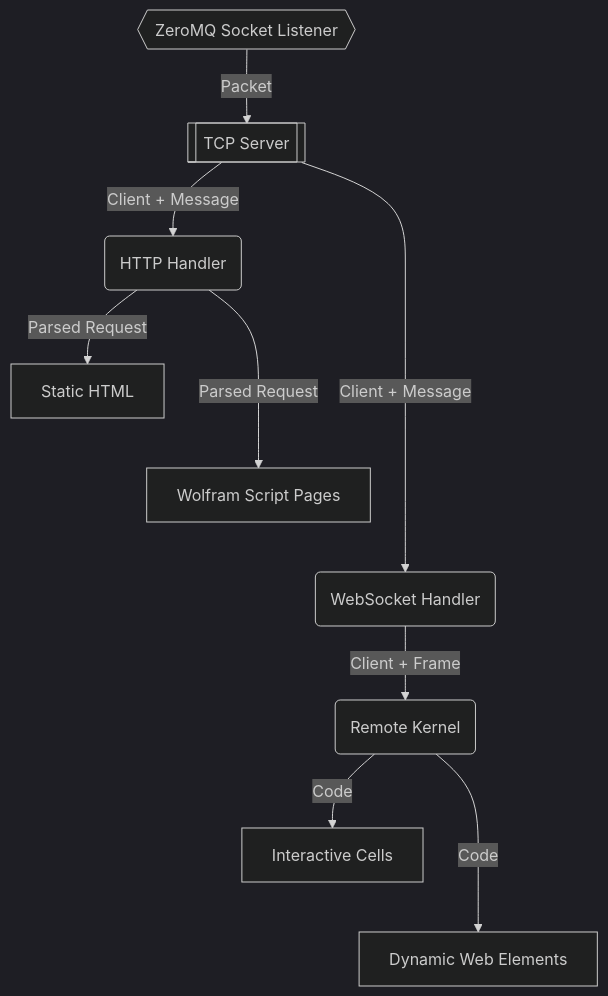
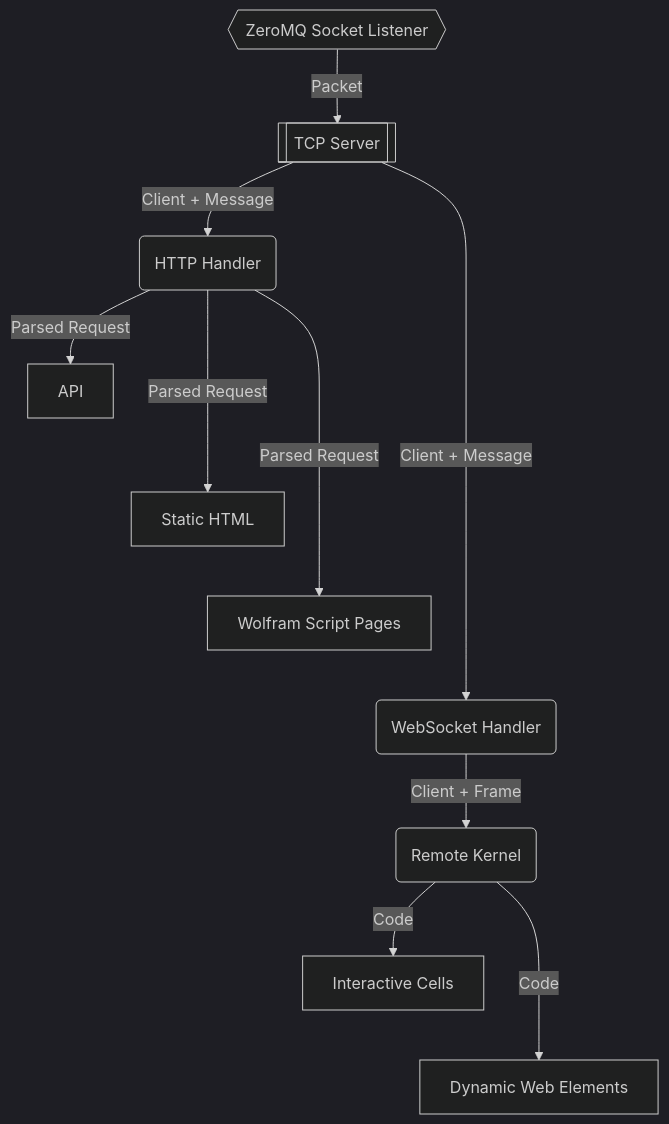
The diagram in README.md (KirillBelovTest/WL-Server), drawn with Mermaid (dark theme) before and after one commit. The commit also changed other lines of this file and 2 other files, not shown here.

````diff
--- a/README.md
+++ b/README.md
@@ -32,11 +32,12 @@
 ```mermaid
 flowchart TD
     X{{ZeroMQ Socket Listener}} -->|Packet| A
     A[[TCP Server]] -->|Client + Message| B(HTTP Handler)
-    B -->|Parsed Request| D[Static HTML]
-    B --->|Parsed Request| E[Wolfram Script Pages]
-    A ----->|Client + Message| C(WebSocket Handler)
+    B -->|Parsed Request| T[API]
+    B --->|Parsed Request| D[Static HTML]
+    B ---->|Parsed Request| E[Wolfram Script Pages]
+    A ------>|Client + Message| C(WebSocket Handler)
     C --> |Client + Frame| G(Remote Kernel)
     G -->|Code| F[Interactive Cells]
     G --->|Code| H[Dynamic Web Elements]
 ```
````
